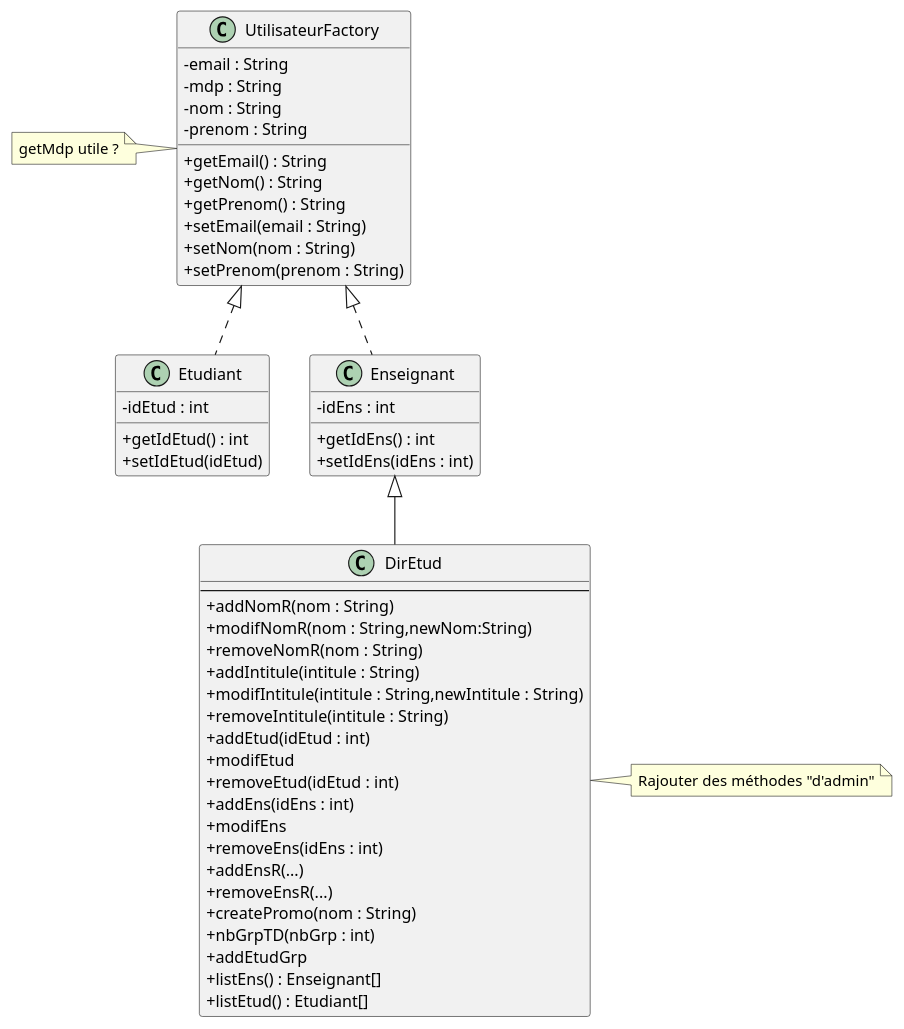
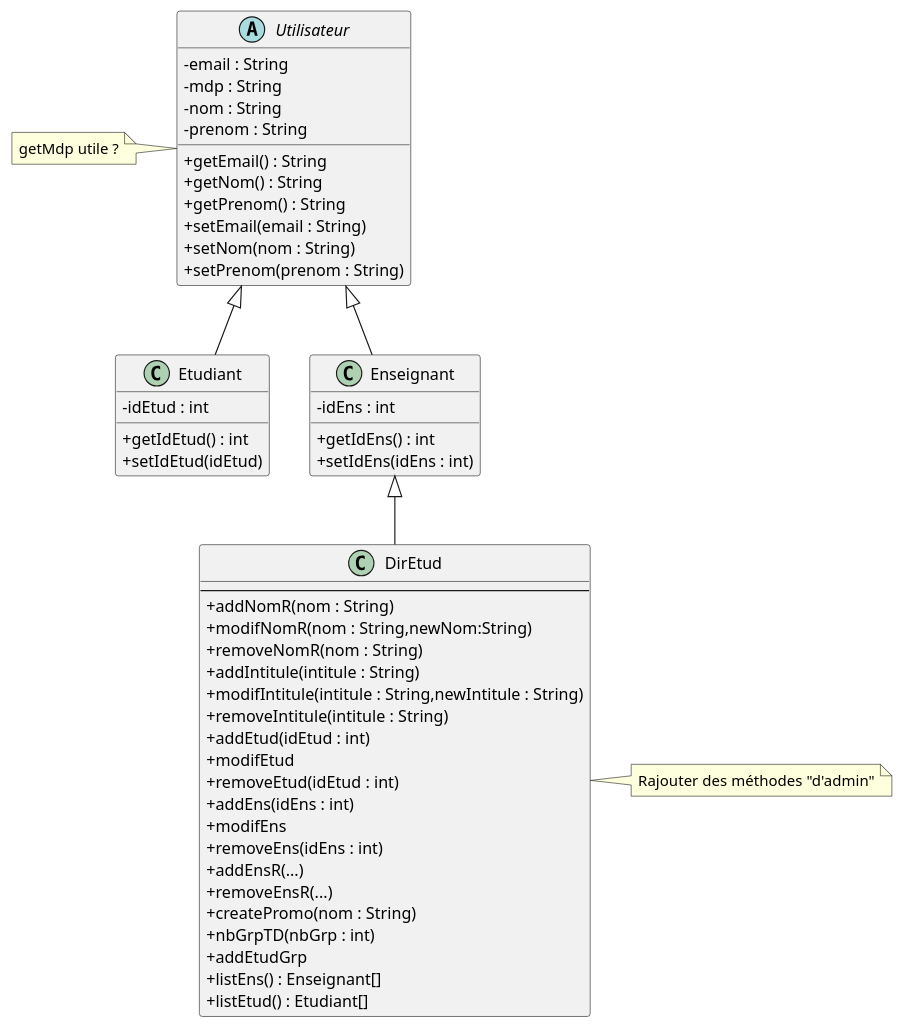
The diagram in diag_classe.md (Lohasta/Kallax), drawn with PlantUML before and after one commit. The commit also changed other lines of this file, not shown here.

Commit message:
modif diag de classe

```diff
--- a/diag_classe.md
+++ b/diag_classe.md
@@ -4,57 +4,57 @@
 @startuml
 skinparam classAttributeIconSize 0
-class UtilisateurFactory{
+abstract class Utilisateur{
 -email : String
 -mdp : String
 -nom : String
 -prenom : String
 +getEmail() : String
 +getNom() : String
 +getPrenom() : String
 +setEmail(email : String)
 +setNom(nom : String)
 +setPrenom(prenom : String)
 }
-note left of UtilisateurFactory{
+note left of Utilisateur{
 getMdp utile ?
 }
 class Etudiant{
 -idEtud : int
 +getIdEtud() : int
 +setIdEtud(idEtud)
 }
 class Enseignant{
 -idEns : int
 +getIdEns() : int
 +setIdEns(idEns : int)
 }
 class DirEtud{
 --
 +addNomR(nom : String)
 +modifNomR(nom : String,newNom:String)
 +removeNomR(nom : String)
 +addIntitule(intitule : String)
 +modifIntitule(intitule : String,newIntitule : String)
 +removeIntitule(intitule : String)
 +addEtud(idEtud : int)
 +modifEtud
 +removeEtud(idEtud : int)
 +addEns(idEns : int)
 +modifEns
 +removeEns(idEns : int)
 +addEnsR(...)
 +removeEnsR(...)
 +createPromo(nom : String)
 +nbGrpTD(nbGrp : int)
 +addEtudGrp
 +listEns() : Enseignant[]
 +listEtud() : Etudiant[]
 }
 note right of DirEtud{
 Rajouter des méthodes "d'admin"
 }
 
-UtilisateurFactory <|.. Etudiant
-UtilisateurFactory <|.. Enseignant
+Utilisateur <|-- Etudiant
+Utilisateur <|-- Enseignant
 Enseignant <|-- DirEtud
 @enduml
```
